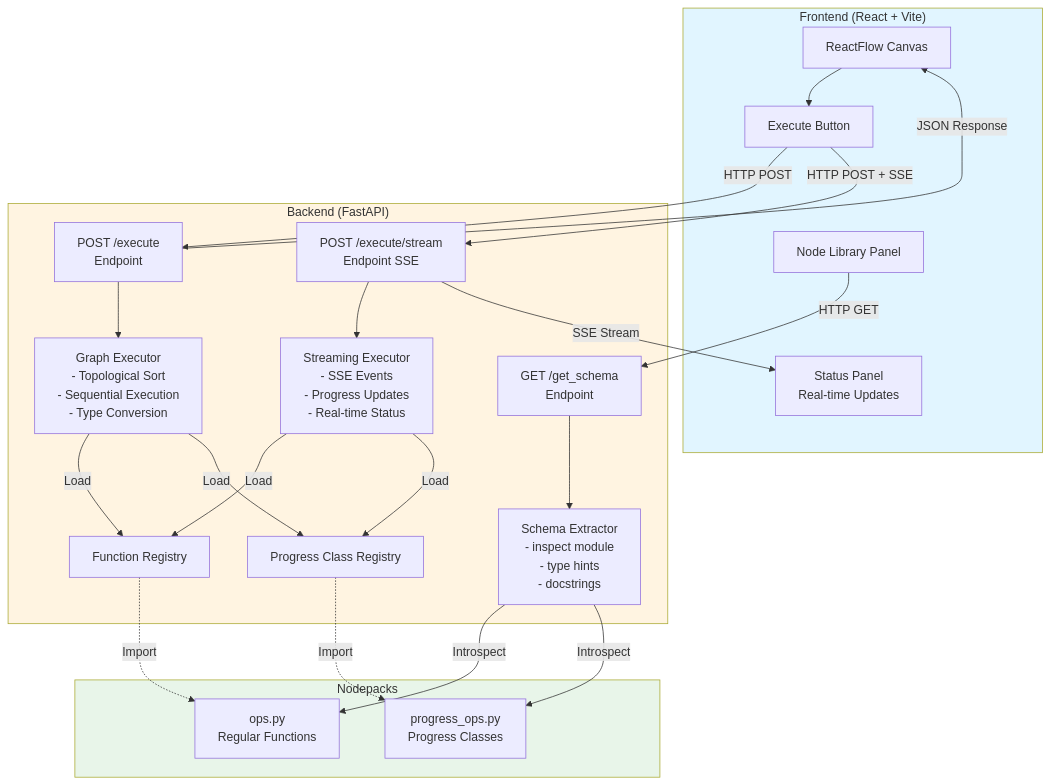
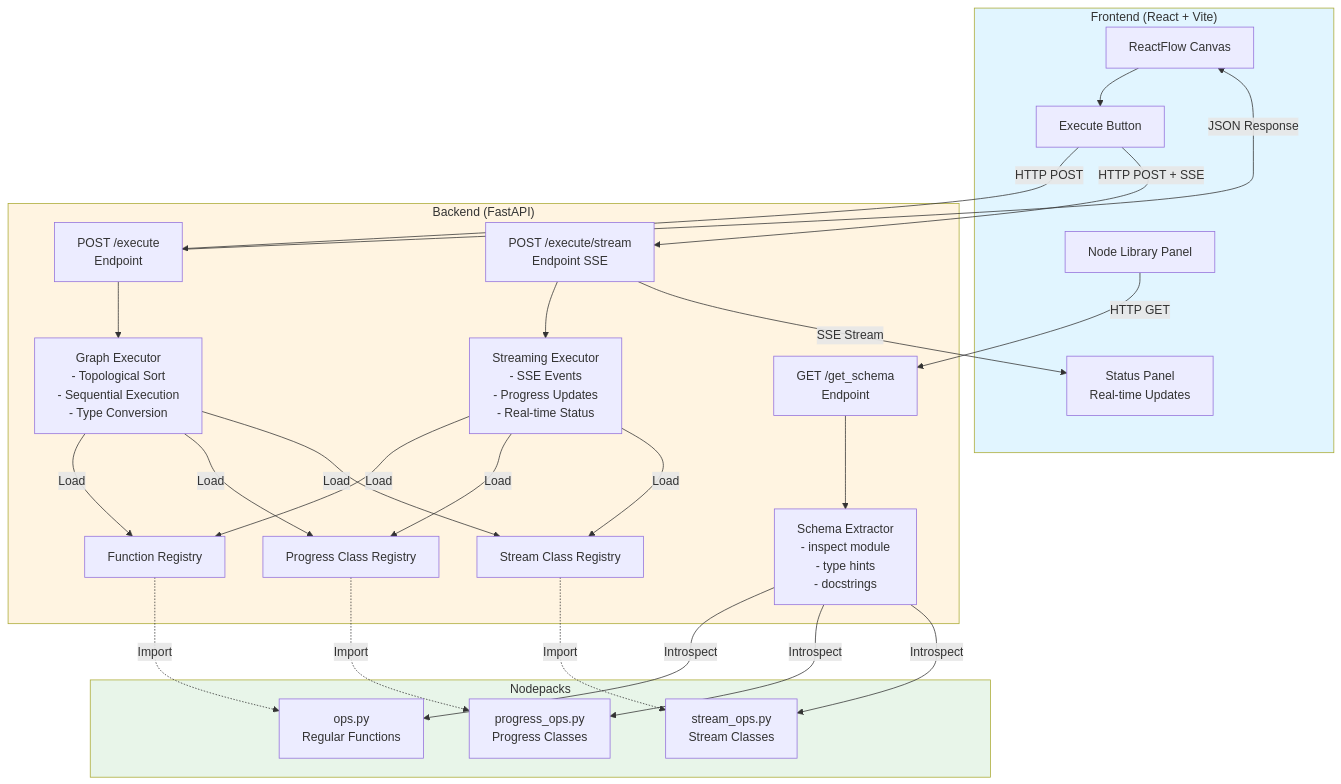
The first of 5 diagrams in docs/guides/architecture.md (soumik12345/psynapse), drawn with Mermaid before and after one commit. The commit also changed other lines of this file, not shown here.

````diff
--- a/docs/guides/architecture.md
+++ b/docs/guides/architecture.md
@@ -13,54 +13,60 @@
 ```mermaid
 graph TB
     subgraph Frontend["Frontend (React + Vite)"]
         NodeLib[Node Library Panel]
         Canvas[ReactFlow Canvas]
         ExecBtn[Execute Button]
         Status[Status Panel<br/>Real-time Updates]
     end
 
     subgraph Backend["Backend (FastAPI)"]
         SchemaEP["GET /get_schema<br/>Endpoint"]
         ExecEP["POST /execute<br/>Endpoint"]
         StreamEP["POST /execute/stream<br/>Endpoint SSE"]
 
         SchemaExt[Schema Extractor<br/>- inspect module<br/>- type hints<br/>- docstrings]
         GraphExec[Graph Executor<br/>- Topological Sort<br/>- Sequential Execution<br/>- Type Conversion]
         StreamExec[Streaming Executor<br/>- SSE Events<br/>- Progress Updates<br/>- Real-time Status]
 
         FuncReg[Function Registry]
         ProgReg[Progress Class Registry]
+        StreamReg[Stream Class Registry]
     end
 
     subgraph Nodepacks["Nodepacks"]
         OpsFile[ops.py<br/>Regular Functions]
         ProgFile[progress_ops.py<br/>Progress Classes]
+        StreamFile[stream_ops.py<br/>Stream Classes]
     end
 
     NodeLib -->|"HTTP GET"| SchemaEP
     SchemaEP --> SchemaExt
     SchemaExt -->|"Introspect"| OpsFile
     SchemaExt -->|"Introspect"| ProgFile
+    SchemaExt -->|"Introspect"| StreamFile
 
     Canvas --> ExecBtn
     ExecBtn -->|"HTTP POST"| ExecEP
     ExecBtn -->|"HTTP POST + SSE"| StreamEP
 
     ExecEP --> GraphExec
     StreamEP --> StreamExec
 
     GraphExec -->|"Load"| FuncReg
     GraphExec -->|"Load"| ProgReg
+    GraphExec -->|"Load"| StreamReg
     StreamExec -->|"Load"| FuncReg
     StreamExec -->|"Load"| ProgReg
+    StreamExec -->|"Load"| StreamReg
 
     FuncReg -.->|"Import"| OpsFile
     ProgReg -.->|"Import"| ProgFile
+    StreamReg -.->|"Import"| StreamFile
 
     StreamEP -->|"SSE Stream"| Status
     ExecEP -->|"JSON Response"| Canvas
 
     style Frontend fill:#e1f5ff
     style Backend fill:#fff4e1
     style Nodepacks fill:#e8f5e9
 ```
````
